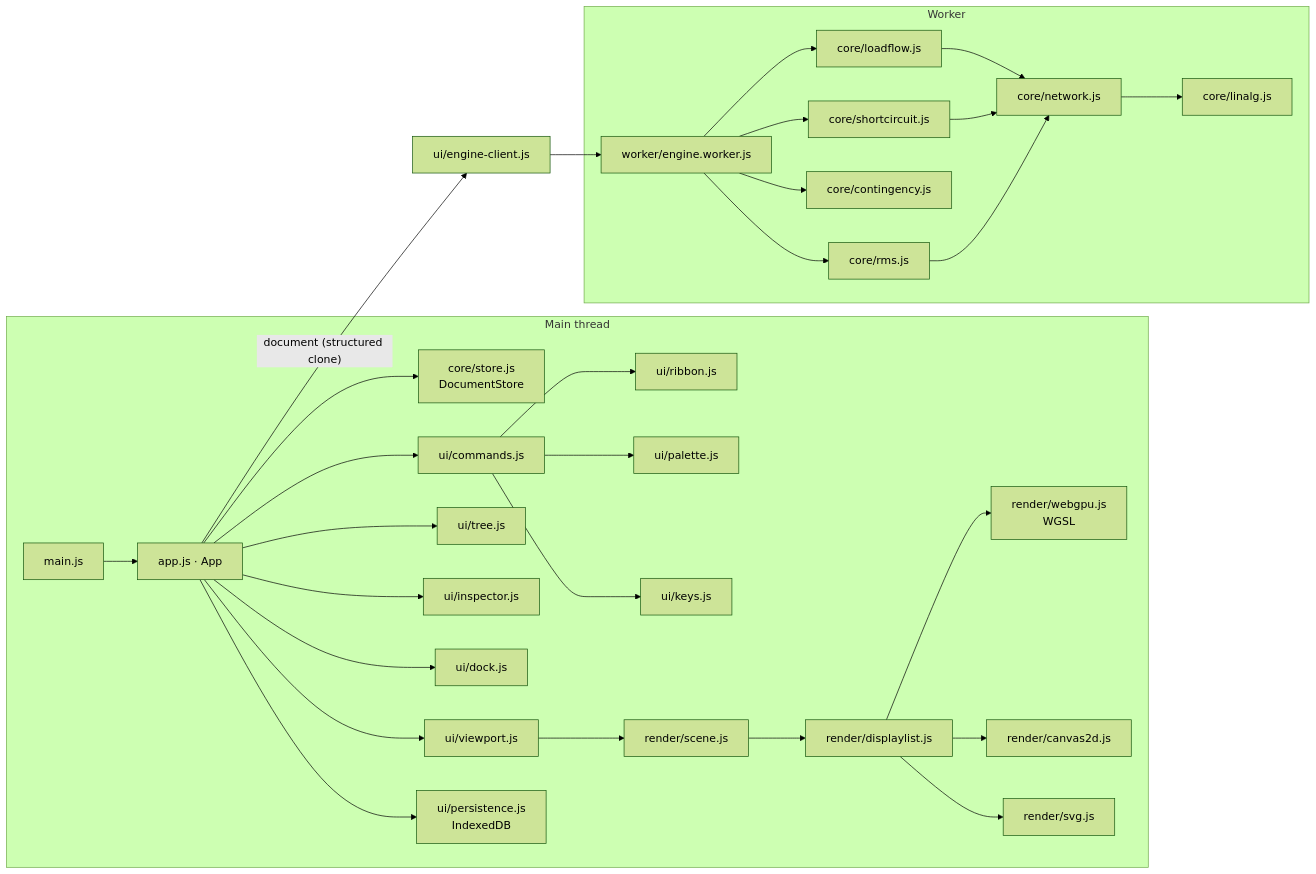
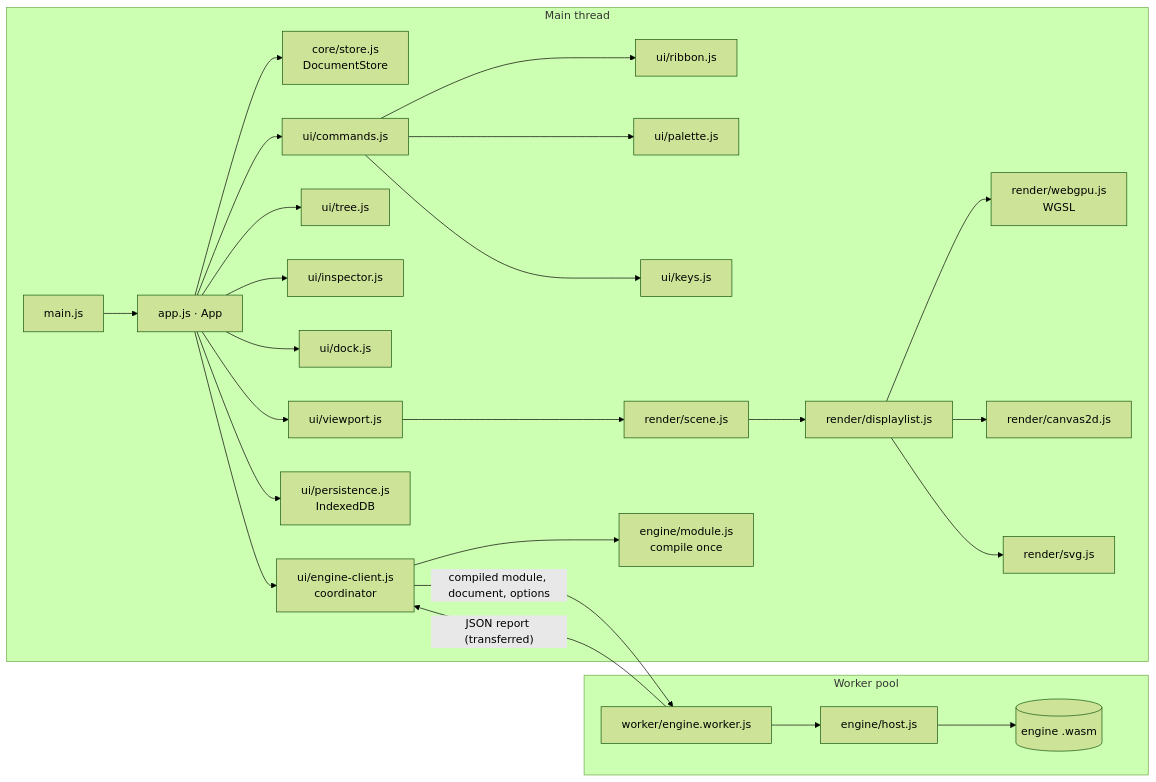
One commit to swiftugandan/powerstudio changed the diagram in docs/ARCHITECTURE.md. Above: the diagram before and after it, drawn with Mermaid (forest theme). The commit also changed other lines of this file and 99 other files, not shown here.

````diff
--- a/docs/ARCHITECTURE.md
+++ b/docs/ARCHITECTURE.md
@@ -8,19 +10,21 @@
 ```mermaid
 flowchart LR
   subgraph UI["Main thread"]
     main[main.js] --> app[app.js · App]
     app --> store[core/store.js<br>DocumentStore]
     app --> cmds[ui/commands.js]
     cmds --> ribbon[ui/ribbon.js] & palette[ui/palette.js] & keys[ui/keys.js]
     app --> tree[ui/tree.js] & insp[ui/inspector.js] & dock[ui/dock.js]
     app --> vp[ui/viewport.js]
     vp --> scene[render/scene.js] --> dl[render/displaylist.js]
     dl --> gpu[render/webgpu.js<br>WGSL] & c2d[render/canvas2d.js] & svg[render/svg.js]
     app --> lib[ui/persistence.js<br>IndexedDB]
+    app --> client[ui/engine-client.js<br>coordinator]
+    client --> mod[engine/module.js<br>compile once]
   end
-  subgraph W["Worker"]
-    wk[worker/engine.worker.js] --> lf[core/loadflow.js] & sc[core/shortcircuit.js] & n1[core/contingency.js] & rms[core/rms.js]
-    lf & sc & rms --> net[core/network.js] --> la[core/linalg.js]
+  subgraph P["Worker pool"]
+    wk[worker/engine.worker.js] --> host[engine/host.js] --> wasm[(engine .wasm)]
   end
-  app -- "document (structured clone)" --> client[ui/engine-client.js] --> wk
+  client -- "compiled module, document, options" --> wk
+  wk -- "JSON report (transferred)" --> client
 ```
````
